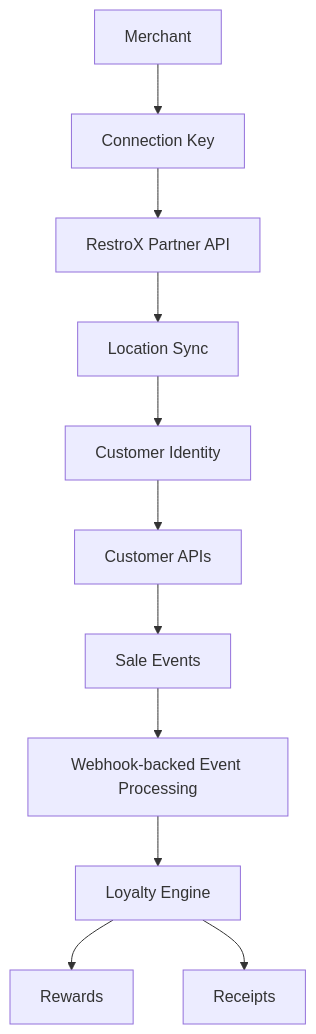
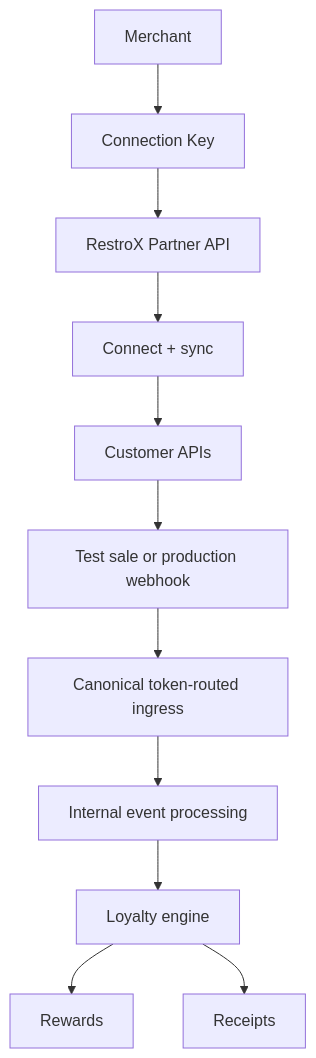
Before and after one commit to krischal07/docs: the first of 2 diagrams in integrations/restrox/native/architecture.mdx, drawn with Mermaid. The commit also changed other lines of this file and 10 other files, not shown here.

````diff
--- a/integrations/restrox/native/architecture.mdx
+++ b/integrations/restrox/native/architecture.mdx
@@ -22,13 +22,13 @@
 ```mermaid
 flowchart TD
   A["Merchant"] --> B["Connection Key"]
   B --> C["RestroX Partner API"]
-  C --> D["Location Sync"]
-  D --> E["Customer Identity"]
-  E --> F["Customer APIs"]
-  F --> G["Sale Events"]
-  G --> H["Webhook-backed Event Processing"]
-  H --> I["Loyalty Engine"]
+  C --> D["Connect + sync"]
+  D --> E["Customer APIs"]
+  E --> F["Test sale or production webhook"]
+  F --> G["Canonical token-routed ingress"]
+  G --> H["Internal event processing"]
+  H --> I["Loyalty engine"]
   I --> J["Rewards"]
   I --> K["Receipts"]
 ```
````
